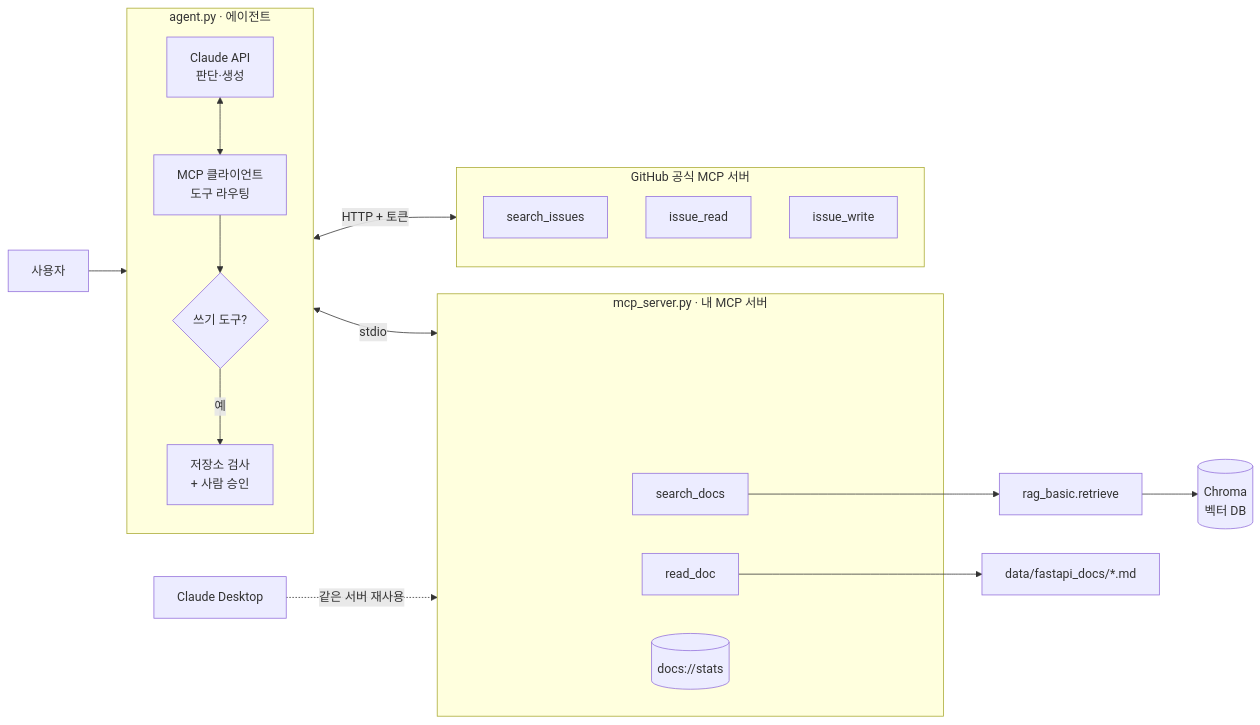
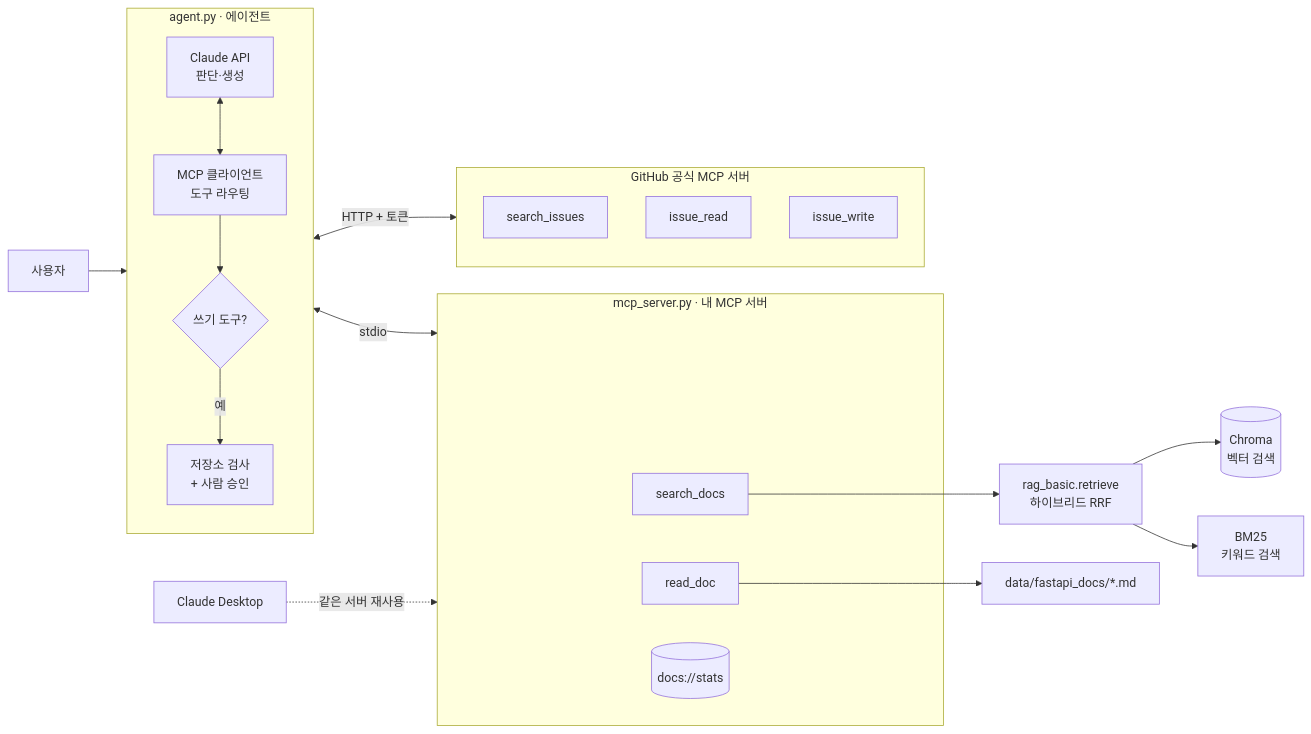
The diagram in README.md (EpenSia/devdocs-rag-agent), drawn with Mermaid before and after one commit. The commit also changed other lines of this file and 8 other files, not shown here.

````diff
--- a/README.md
+++ b/README.md
@@ -32,31 +33,33 @@
 ```mermaid
 flowchart LR
     U[사용자] --> A
 
     subgraph A[agent.py · 에이전트]
         direction TB
         L[Claude API<br/>판단·생성] <--> C[MCP 클라이언트<br/>도구 라우팅]
         C --> G{쓰기 도구?}
         G -- 예 --> H[저장소 검사<br/>+ 사람 승인]
     end
 
     C <-- "stdio" --> S
     C <-- "HTTP + 토큰" --> GH
 
     subgraph S[mcp_server.py · 내 MCP 서버]
         T1[search_docs]
         T2[read_doc]
         R1[(docs://stats)]
     end
 
     subgraph GH[GitHub 공식 MCP 서버]
         G1[search_issues]
         G2[issue_read]
         G3[issue_write]
     end
 
-    T1 --> RB[rag_basic.retrieve] --> DB[(Chroma<br/>벡터 DB)]
+    T1 --> RB[rag_basic.retrieve<br/>하이브리드 RRF]
+    RB --> DB[(Chroma<br/>벡터 검색)]
+    RB --> BM[BM25<br/>키워드 검색]
     T2 --> F[data/fastapi_docs/*.md]
 
     CD[Claude Desktop] -. 같은 서버 재사용 .-> S
 ```
````
